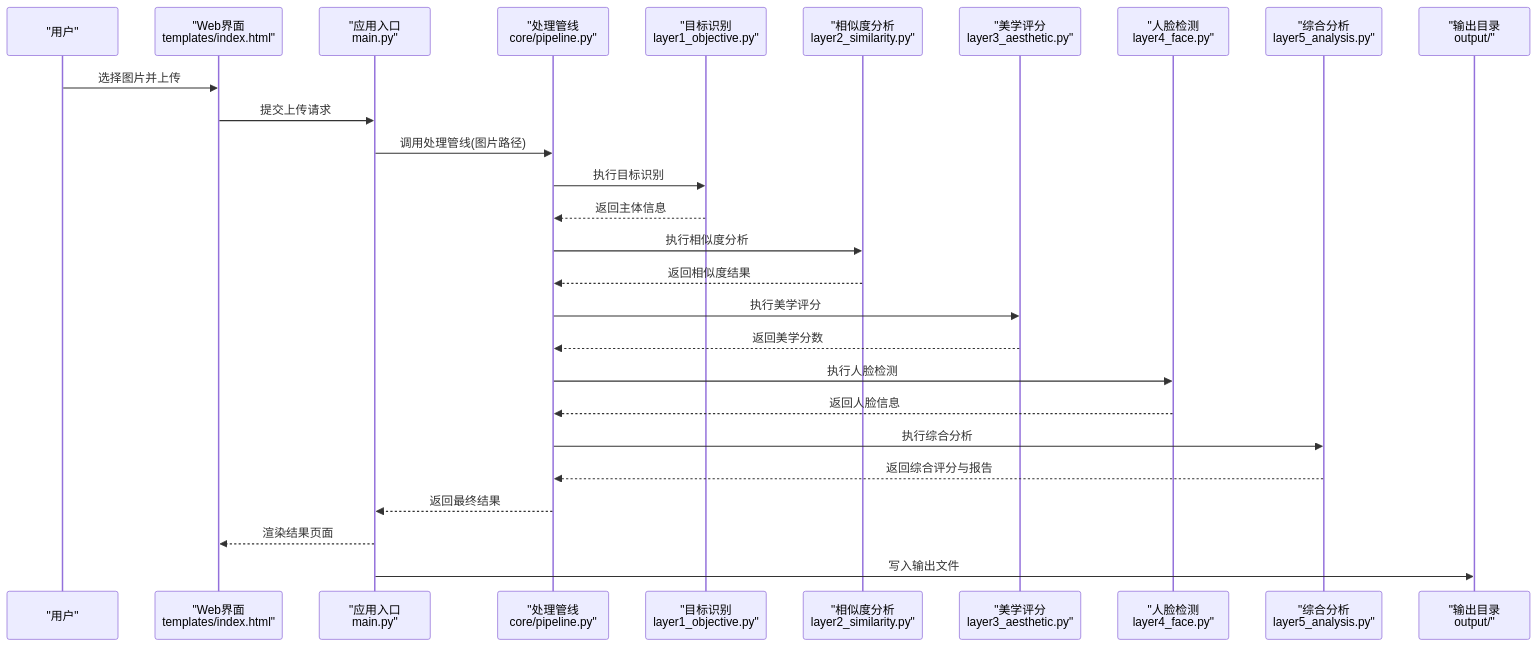
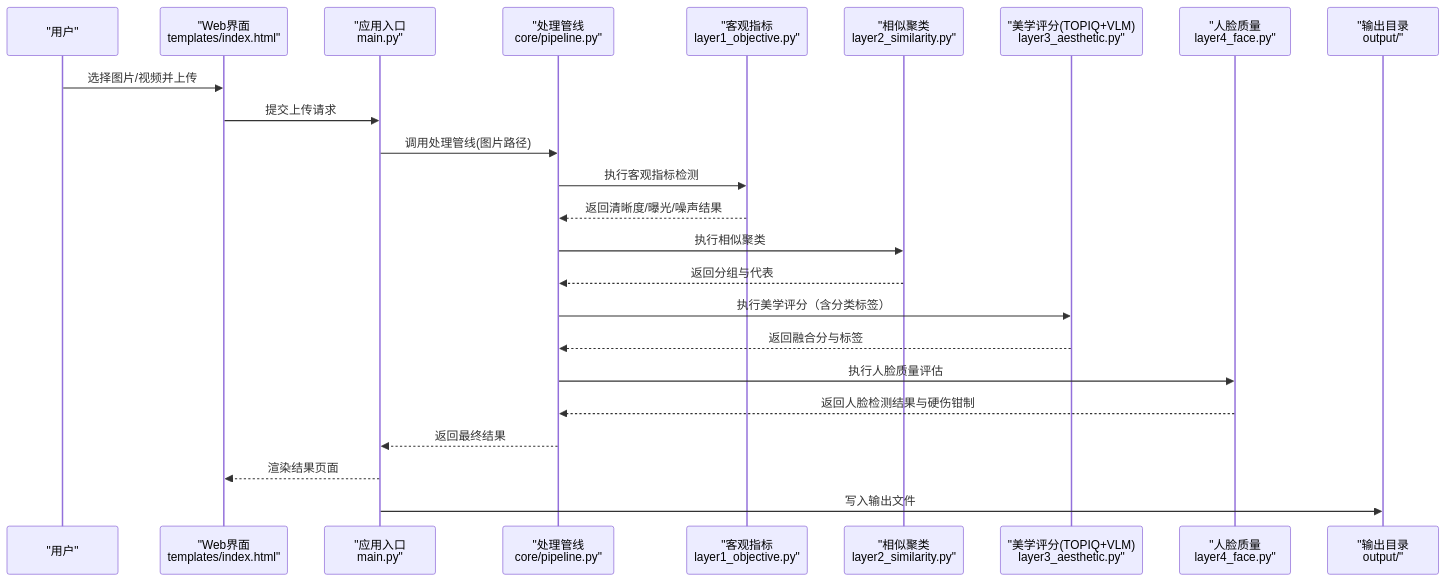
One commit to Frankynwa/photo-rank changed the second of 4 diagrams in wiki/项目概览.md. Above: the diagram before and after it, drawn with Mermaid. The commit also changed other lines of this file and 7 other files, not shown here.

````diff
--- a/wiki/项目概览.md
+++ b/wiki/项目概览.md
@@ -112,29 +115,26 @@
 ```mermaid
 sequenceDiagram
 participant U as "用户"
 participant W as "Web界面<br/>templates/index.html"
 participant M as "应用入口<br/>main.py"
 participant P as "处理管线<br/>core/pipeline.py"
-participant L1 as "目标识别<br/>layer1_objective.py"
-participant L2 as "相似度分析<br/>layer2_similarity.py"
-participant L3 as "美学评分<br/>layer3_aesthetic.py"
-participant L4 as "人脸检测<br/>layer4_face.py"
-participant L5 as "综合分析<br/>layer5_analysis.py"
+participant L1 as "客观指标<br/>layer1_objective.py"
+participant L2 as "相似聚类<br/>layer2_similarity.py"
+participant L3 as "美学评分(TOPIQ+VLM)<br/>layer3_aesthetic.py"
+participant L4 as "人脸质量<br/>layer4_face.py"
 participant O as "输出目录<br/>output/"
-U->>W : 选择图片并上传
+U->>W : 选择图片/视频并上传
 W->>M : 提交上传请求
 M->>P : 调用处理管线(图片路径)
-P->>L1 : 执行目标识别
-L1-->>P : 返回主体信息
-P->>L2 : 执行相似度分析
-L2-->>P : 返回相似度结果
-P->>L3 : 执行美学评分
-L3-->>P : 返回美学分数
-P->>L4 : 执行人脸检测
-L4-->>P : 返回人脸信息
-P->>L5 : 执行综合分析
-L5-->>P : 返回综合评分与报告
+P->>L1 : 执行客观指标检测
+L1-->>P : 返回清晰度/曝光/噪声结果
+P->>L2 : 执行相似聚类
+L2-->>P : 返回分组与代表
+P->>L3 : 执行美学评分（含分类标签）
+L3-->>P : 返回融合分与标签
+P->>L4 : 执行人脸质量评估
+L4-->>P : 返回人脸检测结果与硬伤钳制
 P-->>M : 返回最终结果
 M-->>W : 渲染结果页面
 M->>O : 写入输出文件
 ```
````
